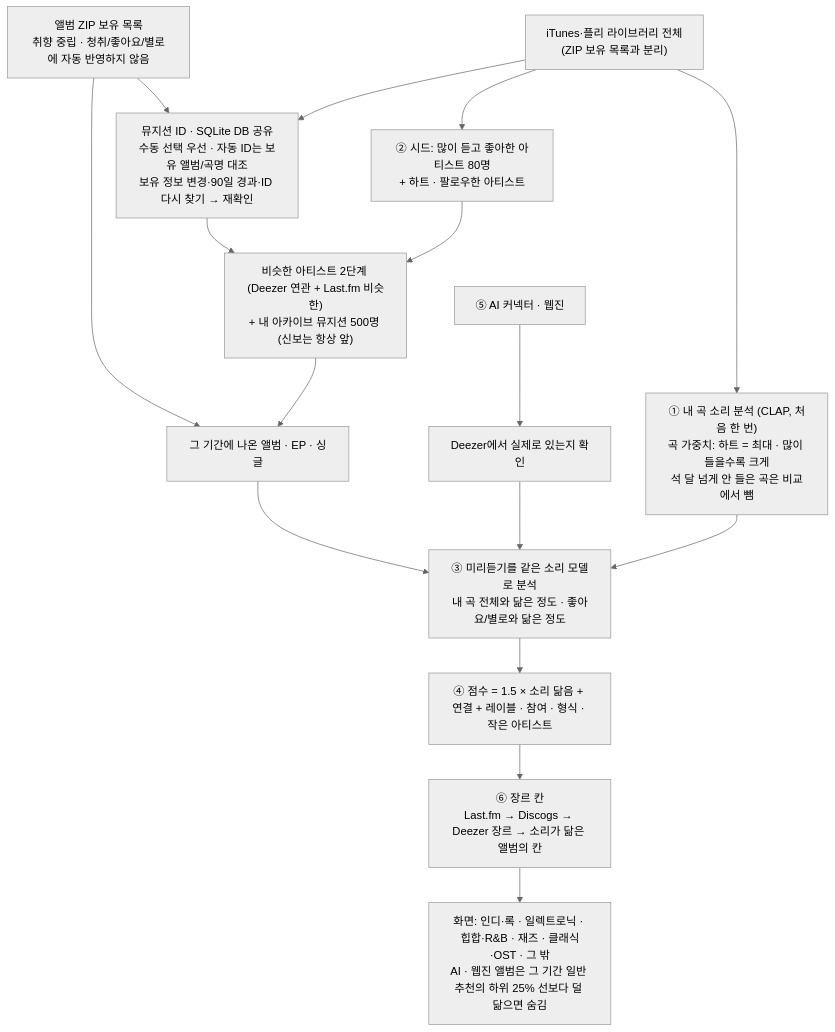
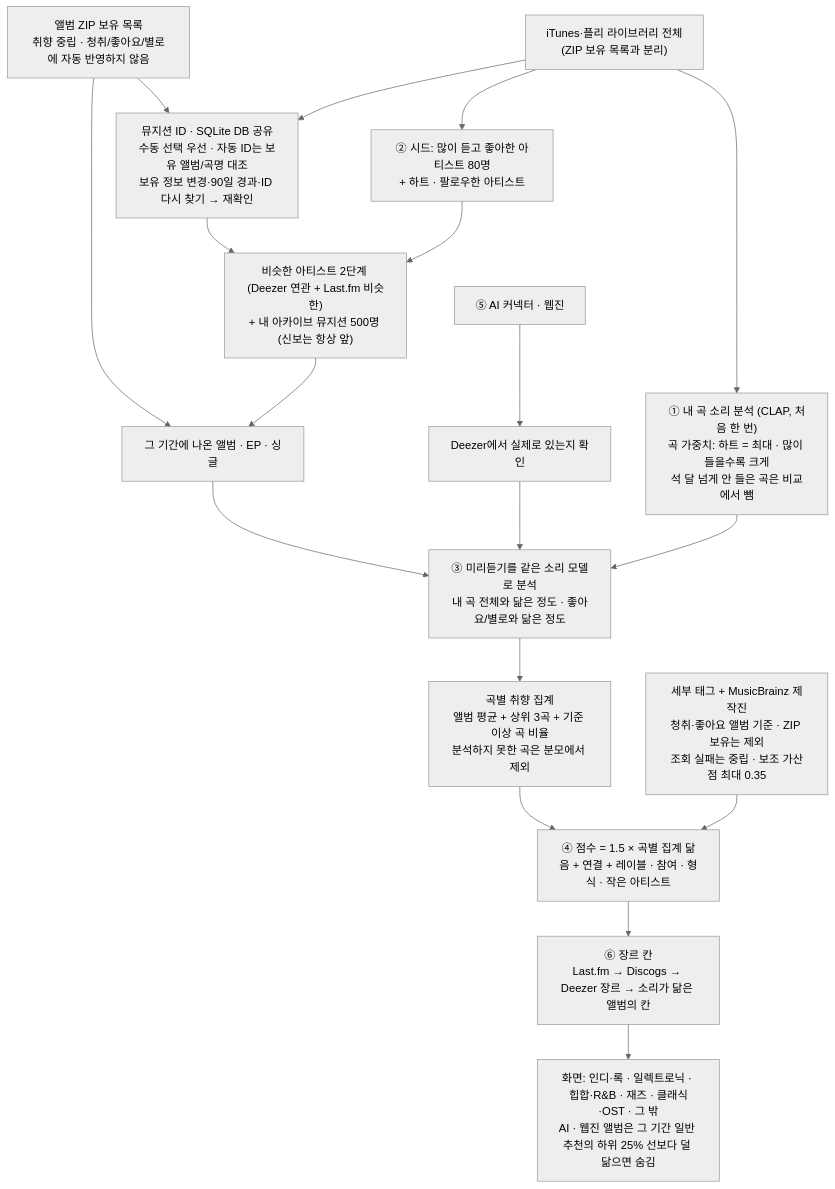
One commit to plastiqvox/RecipeSong changed the diagram in docs/recommendation.md. Above: the diagram before and after it, drawn with Mermaid (neutral theme). The commit also changed other lines of this file and 22 other files, not shown here.

````diff
--- a/docs/recommendation.md
+++ b/docs/recommendation.md
@@ -11,20 +11,22 @@
 ```mermaid
 flowchart TD
     lib["iTunes·플리 라이브러리 전체<br/>(ZIP 보유 목록과 분리)"]
     zip["앨범 ZIP 보유 목록<br/>취향 중립 · 청취/좋아요/별로에 자동 반영하지 않음"]
     zip --> ids
     zip --> rel
     lib --> emb["① 내 곡 소리 분석 (CLAP, 처음 한 번)<br/>곡 가중치: 하트 = 최대 · 많이 들을수록 크게<br/>석 달 넘게 안 들은 곡은 비교에서 뺌"]
     lib --> seed["② 시드: 많이 듣고 좋아한 아티스트 80명<br/>+ 하트 · 팔로우한 아티스트"]
     lib --> ids["뮤지션 ID · SQLite DB 공유<br/>수동 선택 우선 · 자동 ID는 보유 앨범/곡명 대조<br/>보유 정보 변경·90일 경과·ID 다시 찾기 → 재확인"]
     ids --> pool
     seed --> pool["비슷한 아티스트 2단계 (Deezer 연관 + Last.fm 비슷한)<br/>+ 내 아카이브 뮤지션 500명 (신보는 항상 앞)"]
     pool --> rel["그 기간에 나온 앨범 · EP · 싱글"]
     ext["⑤ AI 커넥터 · 웹진"] --> dz["Deezer에서 실제로 있는지 확인"]
     rel --> listen["③ 미리듣기를 같은 소리 모델로 분석<br/>내 곡 전체와 닮은 정도 · 좋아요/별로와 닮은 정도"]
     dz --> listen
     emb --> listen
-    listen --> score["④ 점수 = 1.5 × 소리 닮음 + 연결 + 레이블 · 참여 · 형식 · 작은 아티스트"]
+    listen --> tracks["곡별 취향 집계<br/>앨범 평균 + 상위 3곡 + 기준 이상 곡 비율<br/>분석하지 못한 곡은 분모에서 제외"]
+    tracks --> score["④ 점수 = 1.5 × 곡별 집계 닮음 + 연결 + 레이블 · 참여 · 형식 · 작은 아티스트"]
+    metadata["세부 태그 + MusicBrainz 제작진<br/>청취·좋아요 앨범 기준 · ZIP 보유는 제외<br/>조회 실패는 중립 · 보조 가산점 최대 0.35"] --> score
     score --> group["⑥ 장르 칸<br/>Last.fm → Discogs → Deezer 장르 → 소리가 닮은 앨범의 칸"]
     group --> show["화면: 인디·록 · 일렉트로닉 · 힙합·R&B · 재즈 · 클래식·OST · 그 밖<br/>AI · 웹진 앨범은 그 기간 일반 추천의 하위 25% 선보다 덜 닮으면 숨김"]
 ```
````
